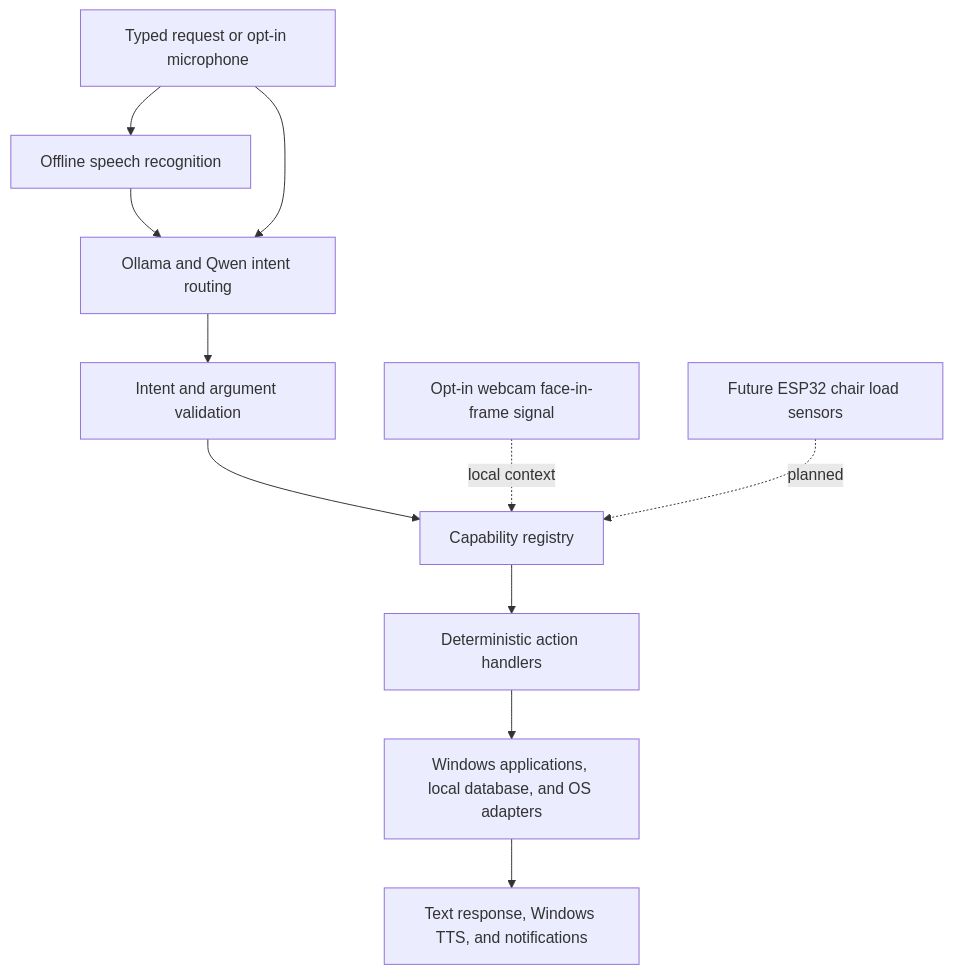
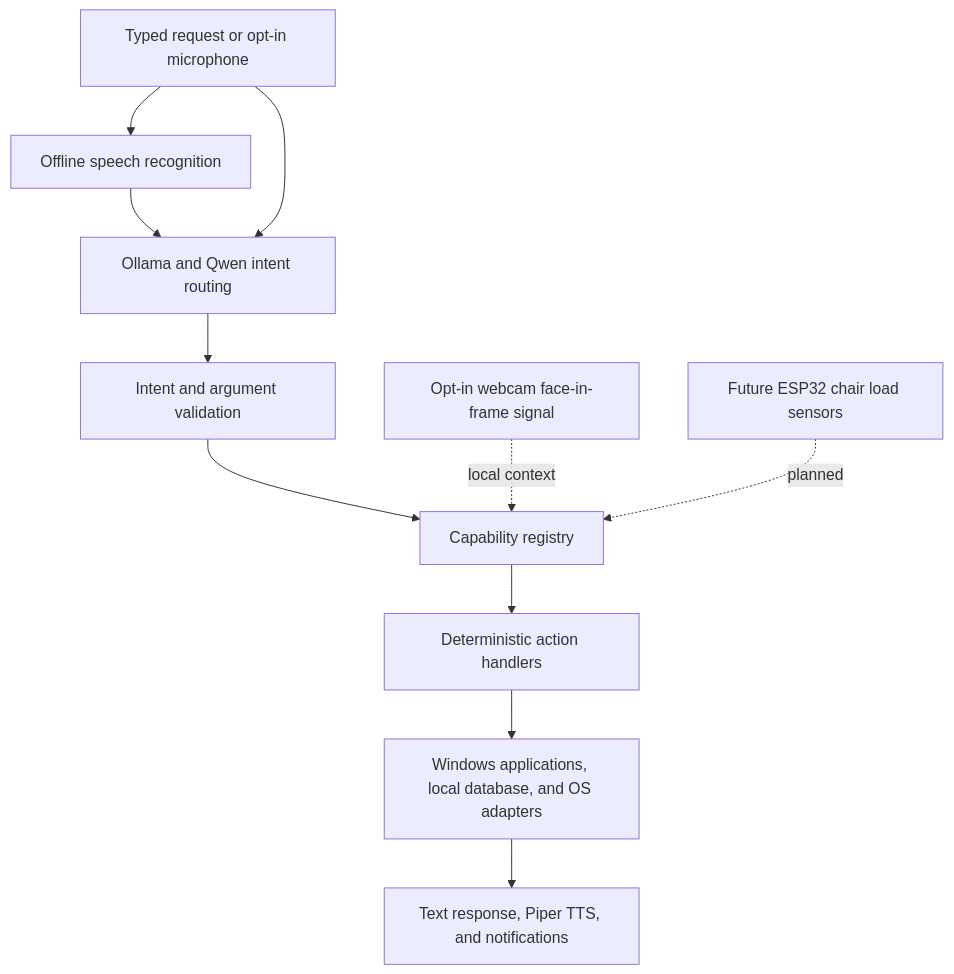
One commit to shreyash-chauhan/A.U.R.A. changed the diagram in README.md. Above: the diagram before and after it, drawn with Mermaid. The commit also changed other lines of this file and 6 other files, not shown here.

````diff
--- a/README.md
+++ b/README.md
@@ -30,13 +30,13 @@
 ```mermaid
 flowchart TD
   I[Typed request or opt-in microphone] --> STT[Offline speech recognition]
   STT --> N[Ollama and Qwen intent routing]
   I --> N
   N --> V[Intent and argument validation]
   V --> R[Capability registry]
   R --> A[Deterministic action handlers]
   A --> O[Windows applications, local database, and OS adapters]
-  O --> S[Text response, Windows TTS, and notifications]
+  O --> S[Text response, Piper TTS, and notifications]
   C[Opt-in webcam face-in-frame signal] -. local context .-> R
   E[Future ESP32 chair load sensors] -. planned .-> R
 ```
````
